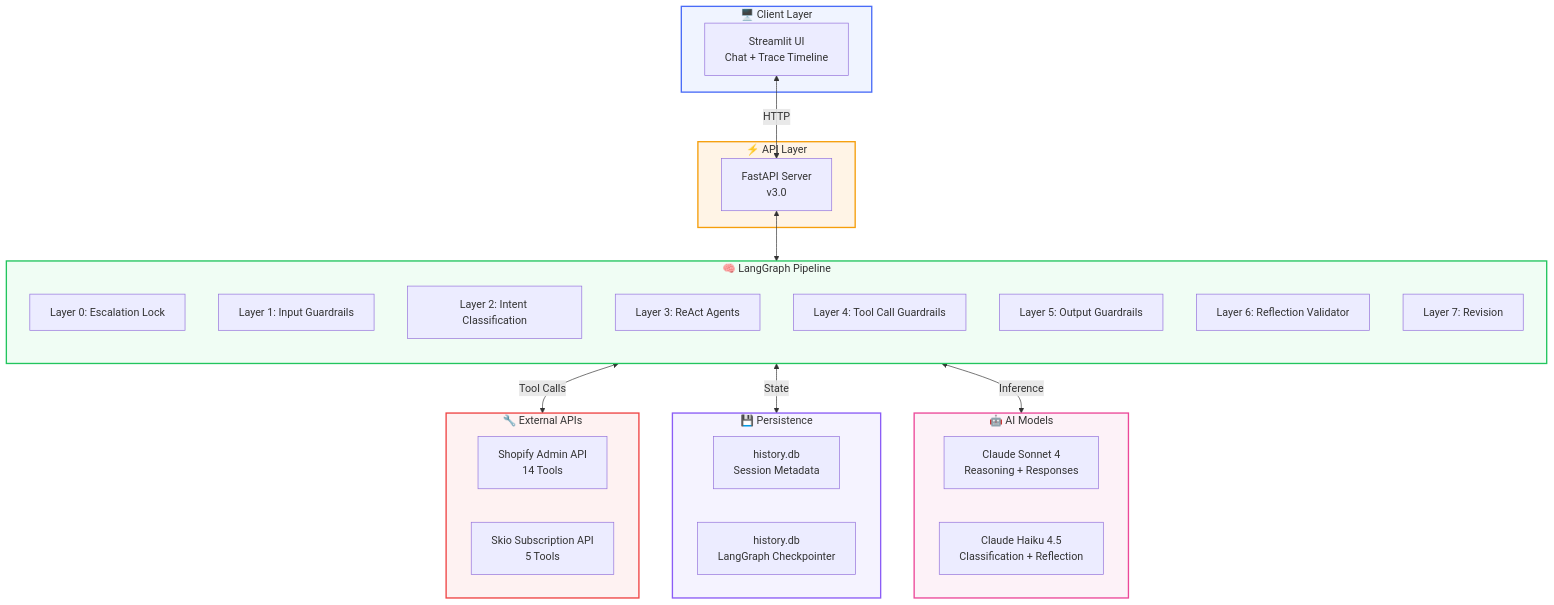
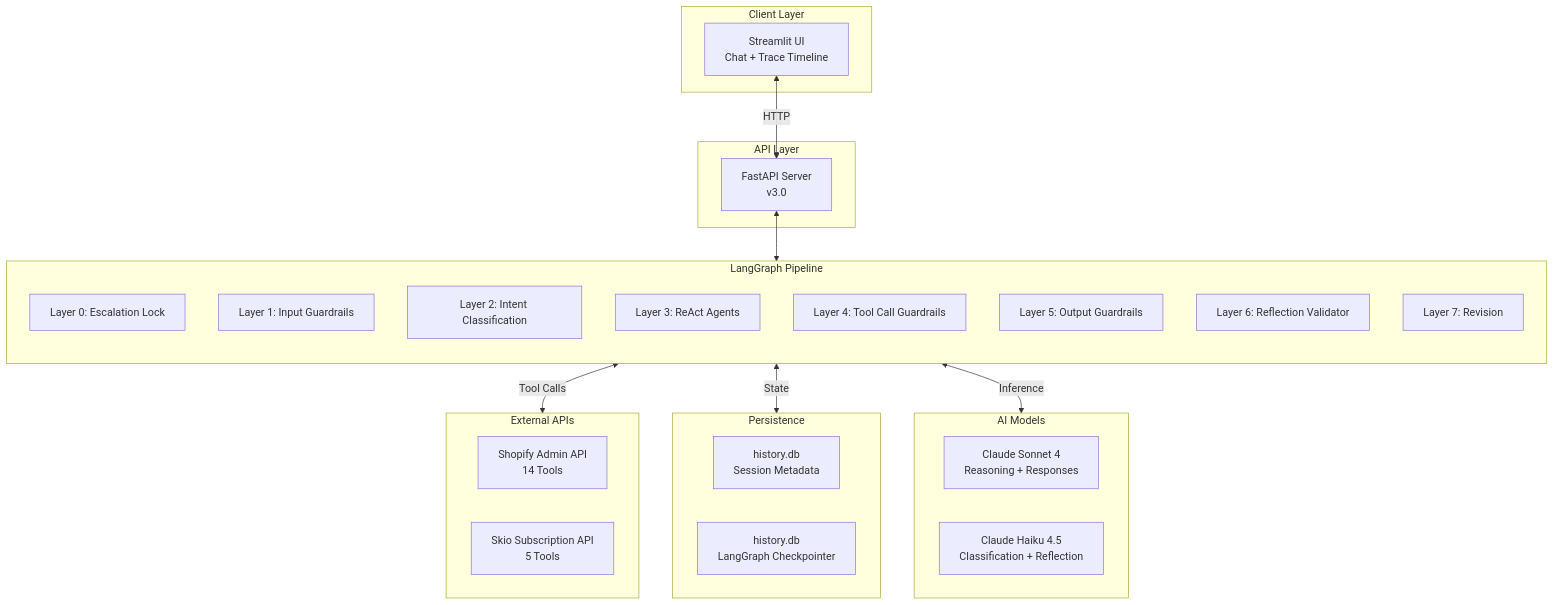
Before and after one commit to EminDurmuSS/lookfor-hackathon: the first of 11 diagrams in README.md, drawn with Mermaid. The commit also changed other lines of this file, not shown here.

First line of the commit message:
Refactor README formatting and diagram clarity

````diff
--- a/README.md
+++ b/README.md
@@ -50,50 +50,43 @@
 ```mermaid
 graph TB
-    subgraph CLIENT["🖥️ Client Layer"]
+    subgraph CLIENT["Client Layer"]
         UI["Streamlit UI<br/>Chat + Trace Timeline"]
     end
 
-    subgraph API["⚡ API Layer"]
+    subgraph API["API Layer"]
         FAST["FastAPI Server<br/>v3.0"]
     end
 
-    subgraph GRAPH["🧠 LangGraph Pipeline"]
+    subgraph GRAPH["LangGraph Pipeline"]
         direction TB
         L0["Layer 0: Escalation Lock"]
         L1["Layer 1: Input Guardrails"]
         L2["Layer 2: Intent Classification"]
         L3["Layer 3: ReAct Agents"]
         L4["Layer 4: Tool Call Guardrails"]
         L5["Layer 5: Output Guardrails"]
         L6["Layer 6: Reflection Validator"]
         L7["Layer 7: Revision"]
     end
 
-    subgraph TOOLS["🔧 External APIs"]
+    subgraph TOOLS["External APIs"]
         SHOP["Shopify Admin API<br/>14 Tools"]
         SKIO["Skio Subscription API<br/>5 Tools"]
     end
 
-    subgraph STORAGE["💾 Persistence"]
+    subgraph STORAGE["Persistence"]
         SQLITE_HIST["history.db<br/>Session Metadata"]
         SQLITE_CP["history.db<br/>LangGraph Checkpointer"]
     end
 
-    subgraph MODELS["🤖 AI Models"]
+    subgraph MODELS["AI Models"]
         SONNET["Claude Sonnet 4<br/>Reasoning + Responses"]
         HAIKU["Claude Haiku 4.5<br/>Classification + Reflection"]
     end
 
     UI <-->|HTTP| FAST
     FAST <--> GRAPH
     GRAPH <-->|Tool Calls| TOOLS
     GRAPH <-->|State| STORAGE
     GRAPH <-->|Inference| MODELS
-
-    style CLIENT fill:#f0f4ff,stroke:#4a6cf7,stroke-width:2px
-    style API fill:#fff4e6,stroke:#f59e0b,stroke-width:2px
-    style GRAPH fill:#f0fdf4,stroke:#22c55e,stroke-width:2px
-    style TOOLS fill:#fef2f2,stroke:#ef4444,stroke-width:2px
-    style STORAGE fill:#f5f3ff,stroke:#8b5cf6,stroke-width:2px
-    style MODELS fill:#fdf2f8,stroke:#ec4899,stroke-width:2px
 ```
````
